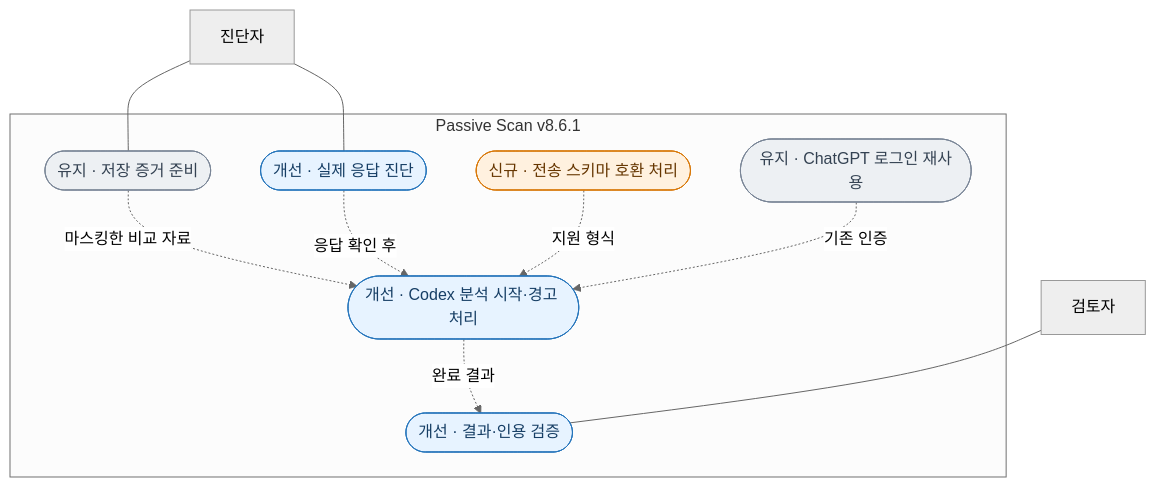
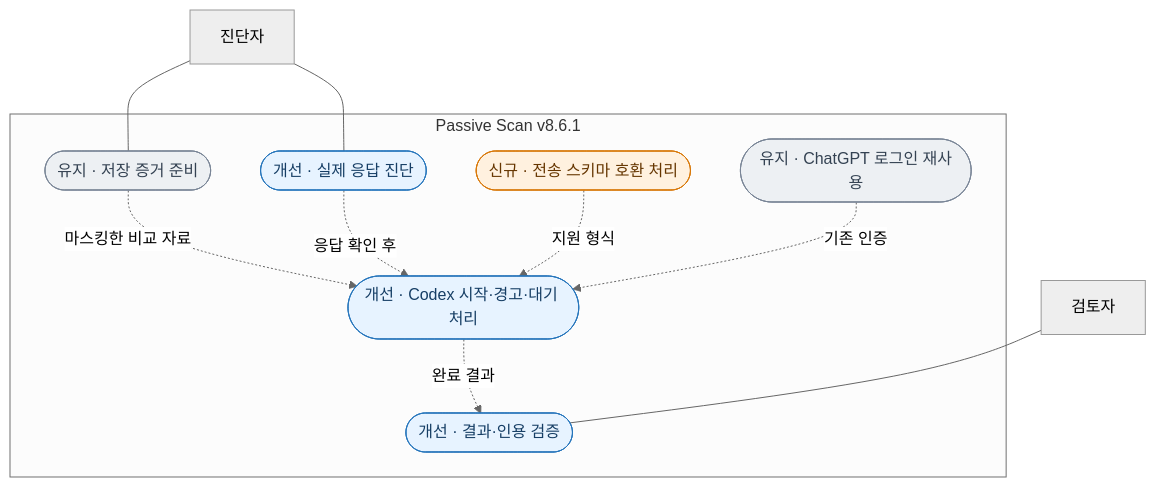
One commit to ohjun1998/passive-scan_v8.1_pub changed the first of 11 diagrams in docs/USE_CASES.md. Above: the diagram before and after it, drawn with Mermaid (neutral theme). The commit also changed other lines of this file and 14 other files, not shown here.

````diff
--- a/docs/USE_CASES.md
+++ b/docs/USE_CASES.md
@@ -9,27 +9,27 @@
 ```mermaid
 flowchart TB
     operator["진단자"]
     reviewer["검토자"]
     subgraph system["Passive Scan v8.6.1"]
         saved(["유지 · 저장 증거 준비"])
         doctor(["개선 · 실제 응답 진단"])
         schema(["신규 · 전송 스키마 호환 처리"])
-        analyze(["개선 · Codex 분석 시작·경고 처리"])
+        analyze(["개선 · Codex 시작·경고·대기 처리"])
         auth(["유지 · ChatGPT 로그인 재사용"])
         verify(["개선 · 결과·인용 검증"])
     end
     operator --- saved
     operator --- doctor
     saved -. "마스킹한 비교 자료" .-> analyze
     doctor -. "응답 확인 후" .-> analyze
     schema -. "지원 형식" .-> analyze
     auth -. "기존 인증" .-> analyze
     analyze -. "완료 결과" .-> verify
     reviewer --- verify
     classDef added fill:#fff1df,stroke:#d77708,color:#663600
     classDef changed fill:#e7f3ff,stroke:#2675bb,color:#163e65
     classDef kept fill:#edf0f3,stroke:#798596,color:#344252
     class schema added
     class doctor,analyze,verify changed
     class saved,auth kept
 ```
````
